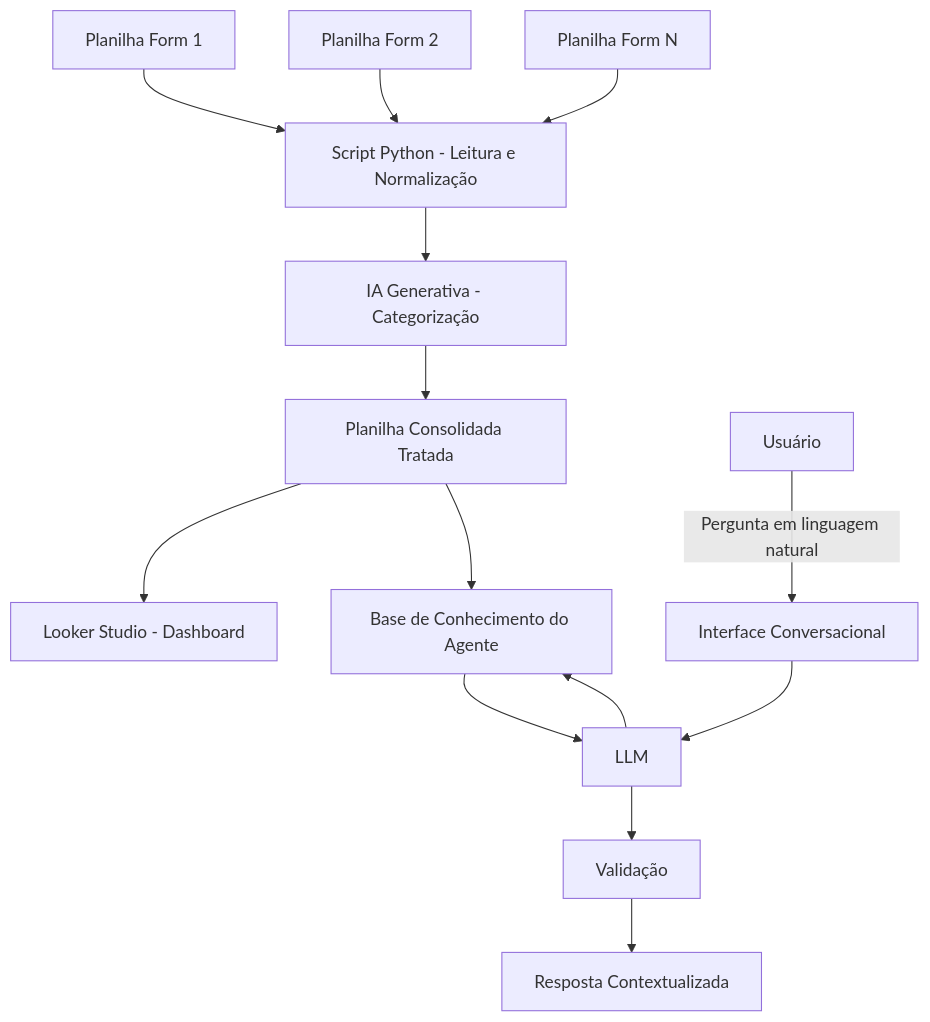
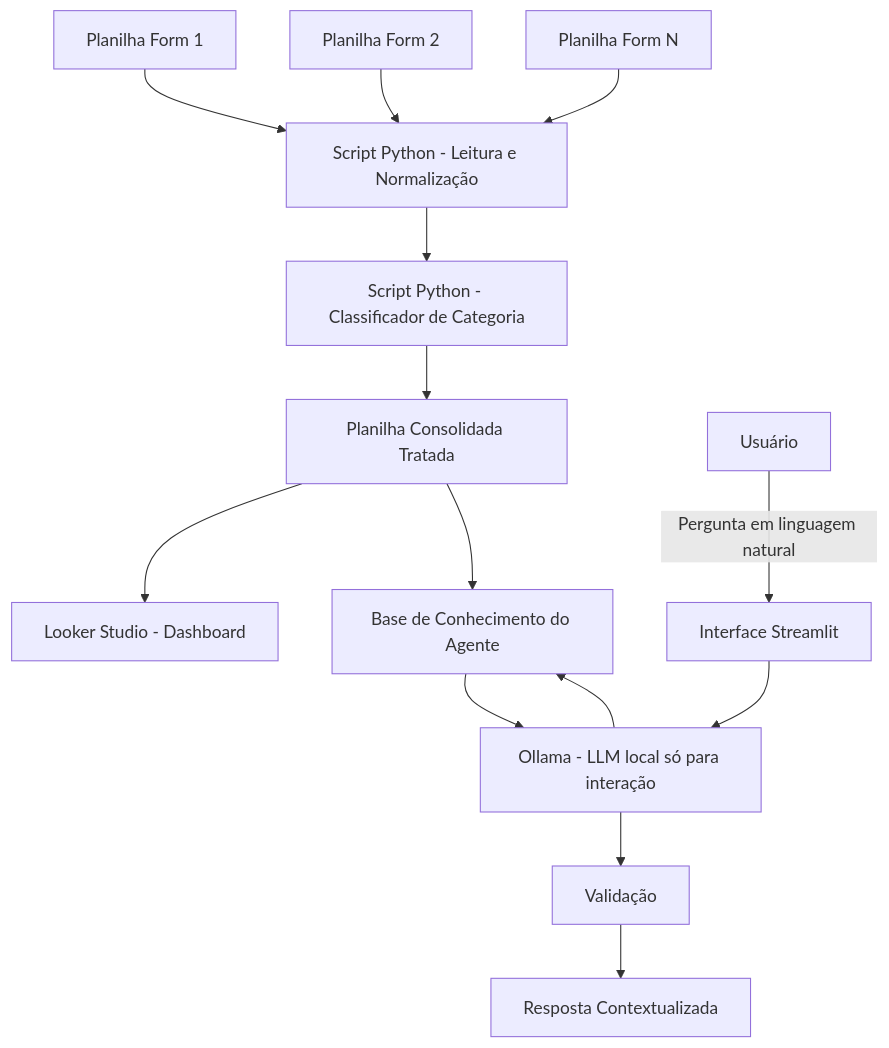
The diagram in Docs/01-documentacao-agente.md (EstherLins/pipeline-dados-feedbacks), drawn with Mermaid before and after one commit. The commit also changed other lines of this file, not shown here.

````diff
--- a/Docs/01-documentacao-agente.md
+++ b/Docs/01-documentacao-agente.md
@@ -50,16 +57,17 @@
 ```mermaid
 flowchart TD
     A[Planilha Form 1] --> D[Script Python - Leitura e Normalização]
     B[Planilha Form 2] --> D
     C[Planilha Form N] --> D
-    D --> E[IA Generativa - Categorização]
+    D --> E[Script Python - Classificador de Categoria]
     E --> F[Planilha Consolidada Tratada]
     F --> G[Looker Studio - Dashboard]
     F --> H[Base de Conhecimento do Agente]
-    I[Usuário] -->|Pergunta em linguagem natural| J[Interface Conversacional]
-    J --> K[LLM]
+    I[Usuário] -->|Pergunta em linguagem natural| J[Interface Streamlit]
+    J --> K[Ollama - LLM local só para interação]
     K --> H
     H --> K
     K --> L[Validação]
     L --> M[Resposta Contextualizada]
+
 ```
````
